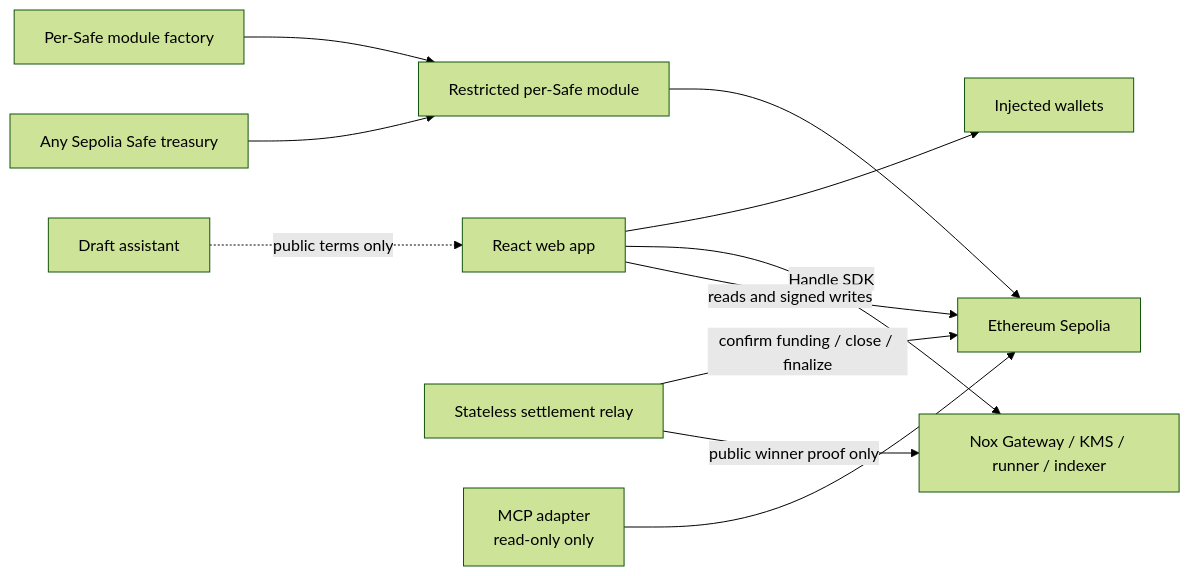
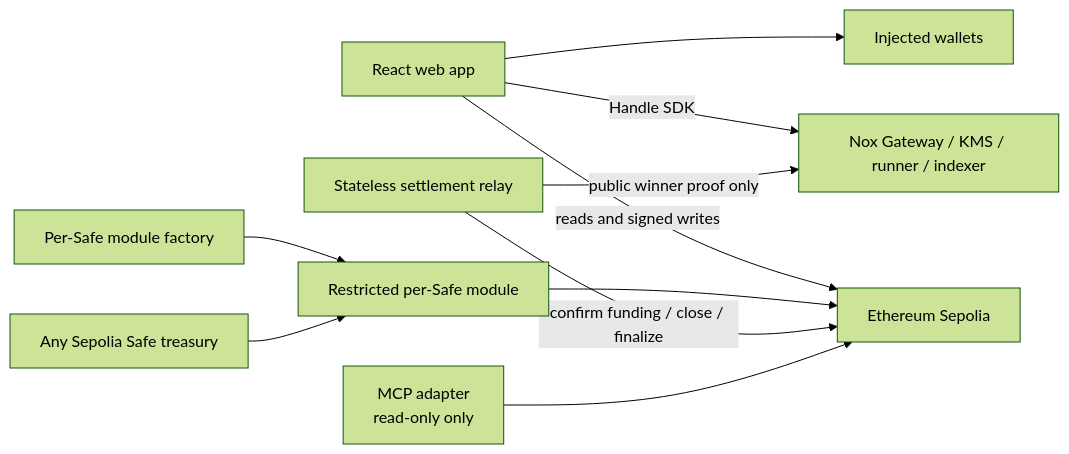
Before and after one commit to huutrungle2001/Veilbid: the first of 2 diagrams in docs/architecture.md, drawn with Mermaid (forest theme). The commit also changed other lines of this file and 12 other files, not shown here.

````diff
--- a/docs/architecture.md
+++ b/docs/architecture.md
@@ -20,17 +20,15 @@
 ```mermaid
 flowchart LR
     Web["React web app"] --> Wallet["Injected wallets"]
     Web -->|Handle SDK| NoxServices["Nox Gateway / KMS / runner / indexer"]
     Web -->|reads and signed writes| Chain["Ethereum Sepolia"]
 
     Factory["Per-Safe module factory"] --> Module["Restricted per-Safe module"]
     Safe["Any Sepolia Safe treasury"] --> Module
     Module --> Chain
 
     Finalizer["Stateless settlement relay"] -->|confirm funding / close / finalize| Chain
     Finalizer -->|public winner proof only| NoxServices
 
     MCP["MCP adapter<br/>read-only only"] --> Chain
-
-    Agent["Draft assistant"] -.->|public terms only| Web
 ```
````
